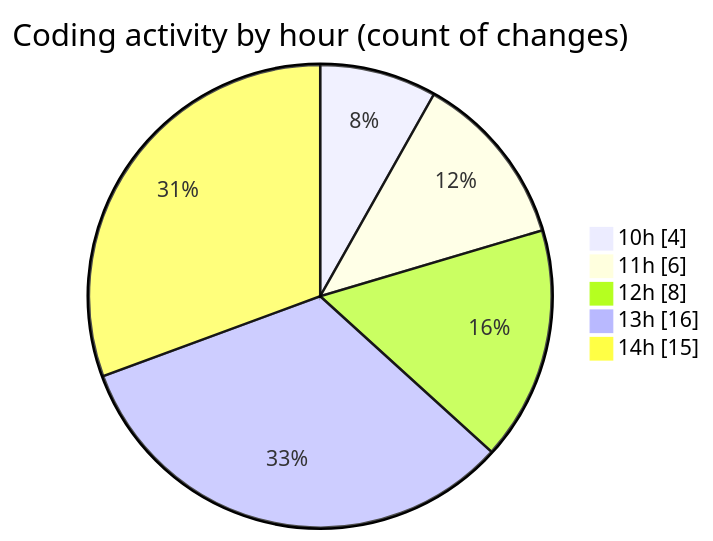
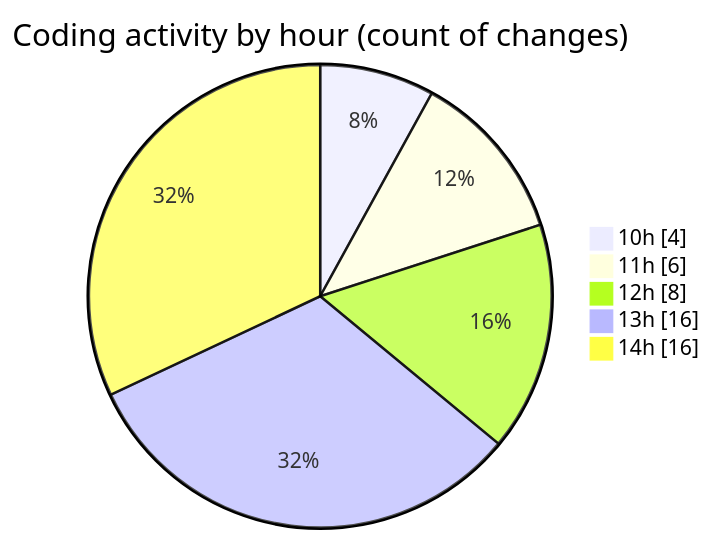
Before and after one commit to LanceThiago/code-tracking: the second of 2 diagrams in 2025-10-03/totem2/README.md, drawn with Mermaid. The commit also changed other lines of this file and 1 other file, not shown here.

````diff
--- a/2025-10-03/totem2/README.md
+++ b/2025-10-03/totem2/README.md
@@ -30,9 +30,9 @@
 ```mermaid
 pie showData
 title Coding activity by hour (count of changes)
 "10h" : 4
 "11h" : 6
 "12h" : 8
 "13h" : 16
-"14h" : 15
+"14h" : 16
 ```
````
